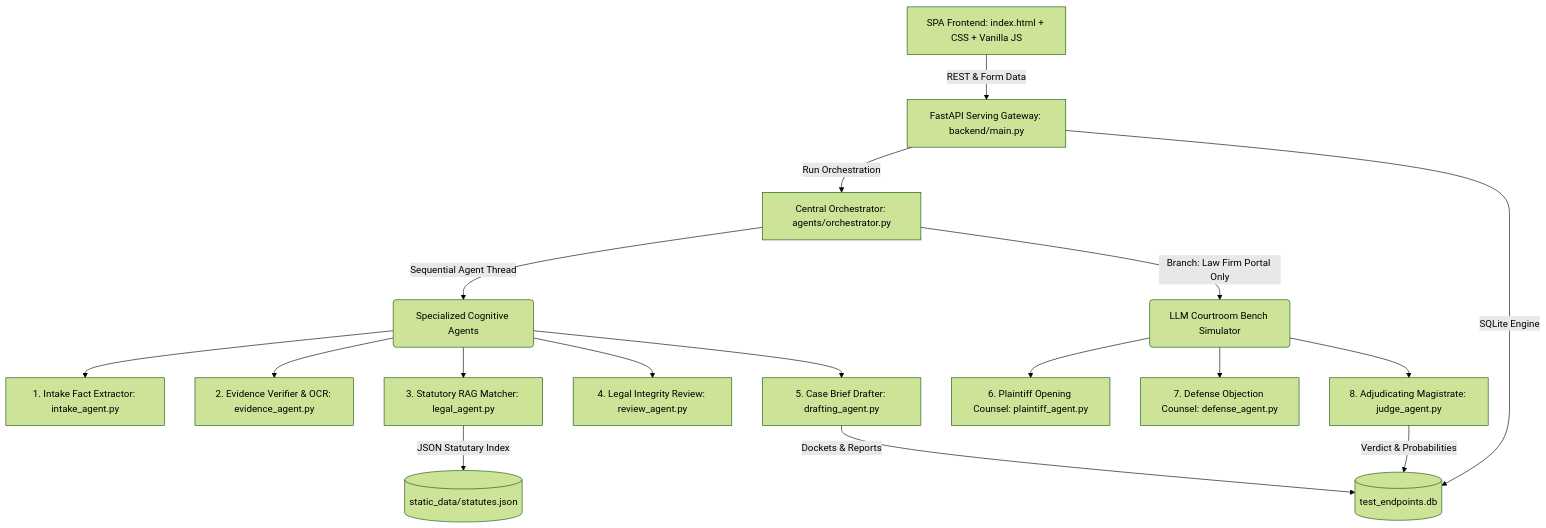
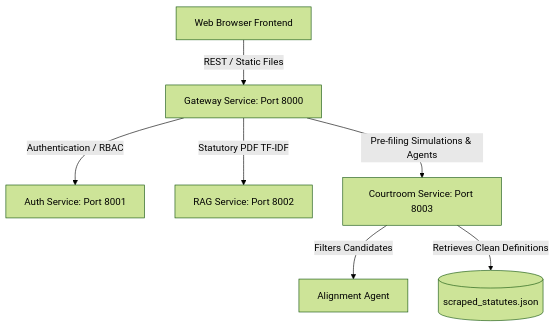
The diagram in walkthrough.md (LeoPanthera07/LawEd), drawn with Mermaid (forest theme) before and after one commit. The commit also changed other lines of this file and 33 other files, not shown here.

Commit message:
Implement LawEdAI services: individual/lawfirm dashboards, collapsible sidebar, role login guards, statutory alignment agents, and golden progress bar loader screen

````diff
--- a/walkthrough.md
+++ b/walkthrough.md
@@ -11,22 +27,10 @@
 ```mermaid
 graph TD
-    Client[SPA Frontend: index.html + CSS + Vanilla JS] -->|REST & Form Data| Gateway[FastAPI Serving Gateway: backend/main.py]
-    Gateway -->|SQLite Engine| DB[(test_endpoints.db)]
-    Gateway -->|Run Orchestration| Orch[Central Orchestrator: agents/orchestrator.py]
-    
-    Orch -->|Sequential Agent Thread| AgentPool(Specialized Cognitive Agents)
-    AgentPool --> Intake[1. Intake Fact Extractor: intake_agent.py]
-    AgentPool --> Evidence[2. Evidence Verifier & OCR: evidence_agent.py]
-    AgentPool --> Legal[3. Statutory RAG Matcher: legal_agent.py]
-    AgentPool --> Review[4. Legal Integrity Review: review_agent.py]
-    AgentPool --> Drafting[5. Case Brief Drafter: drafting_agent.py]
-    
-    Orch -->|Branch: Law Firm Portal Only| CourtPool(LLM Courtroom Bench Simulator)
-    CourtPool --> Plaintiff[6. Plaintiff Opening Counsel: plaintiff_agent.py]
-    CourtPool --> Defense[7. Defense Objection Counsel: defense_agent.py]
-    CourtPool --> Judge[8. Adjudicating Magistrate: judge_agent.py]
-    
-    Legal -->|JSON Statutary Index| StatDB[(static_data/statutes.json)]
-    Judge -->|Verdict & Probabilities| DB
-    Drafting -->|Dockets & Reports| DB
+    Client[Web Browser Frontend] -->|REST / Static Files| Gateway[Gateway Service: Port 8000]
+    Gateway -->|Authentication / RBAC| Auth[Auth Service: Port 8001]
+    Gateway -->|Statutory PDF TF-IDF| RAG[RAG Service: Port 8002]
+    Gateway -->|Pre-filing Simulations & Agents| Court[Courtroom Service: Port 8003]
+
+    Court -->|Filters Candidates| Align[Alignment Agent]
+    Court -->|Retrieves Clean Definitions| Statutes[(scraped_statutes.json)]
 ```
````
